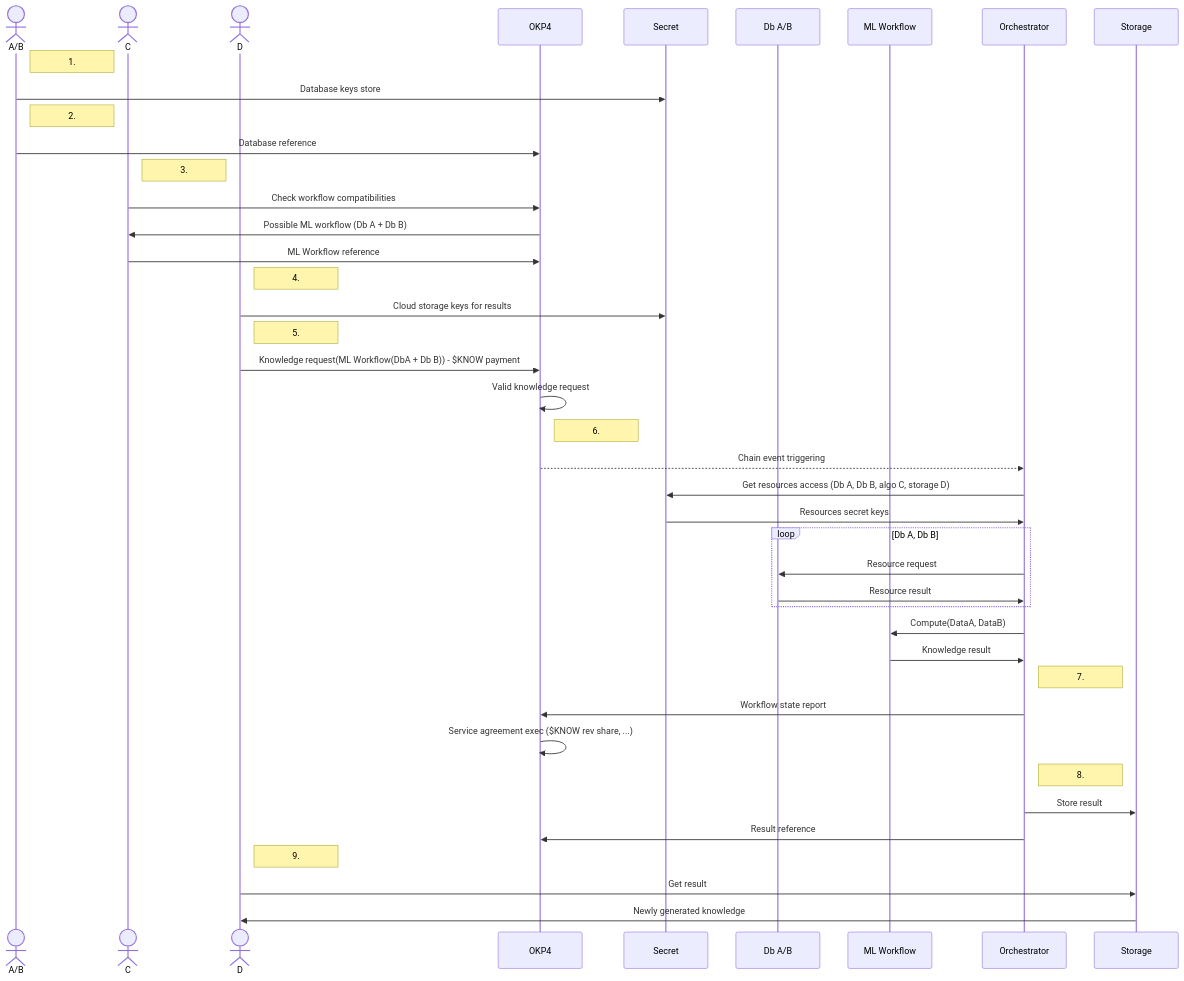
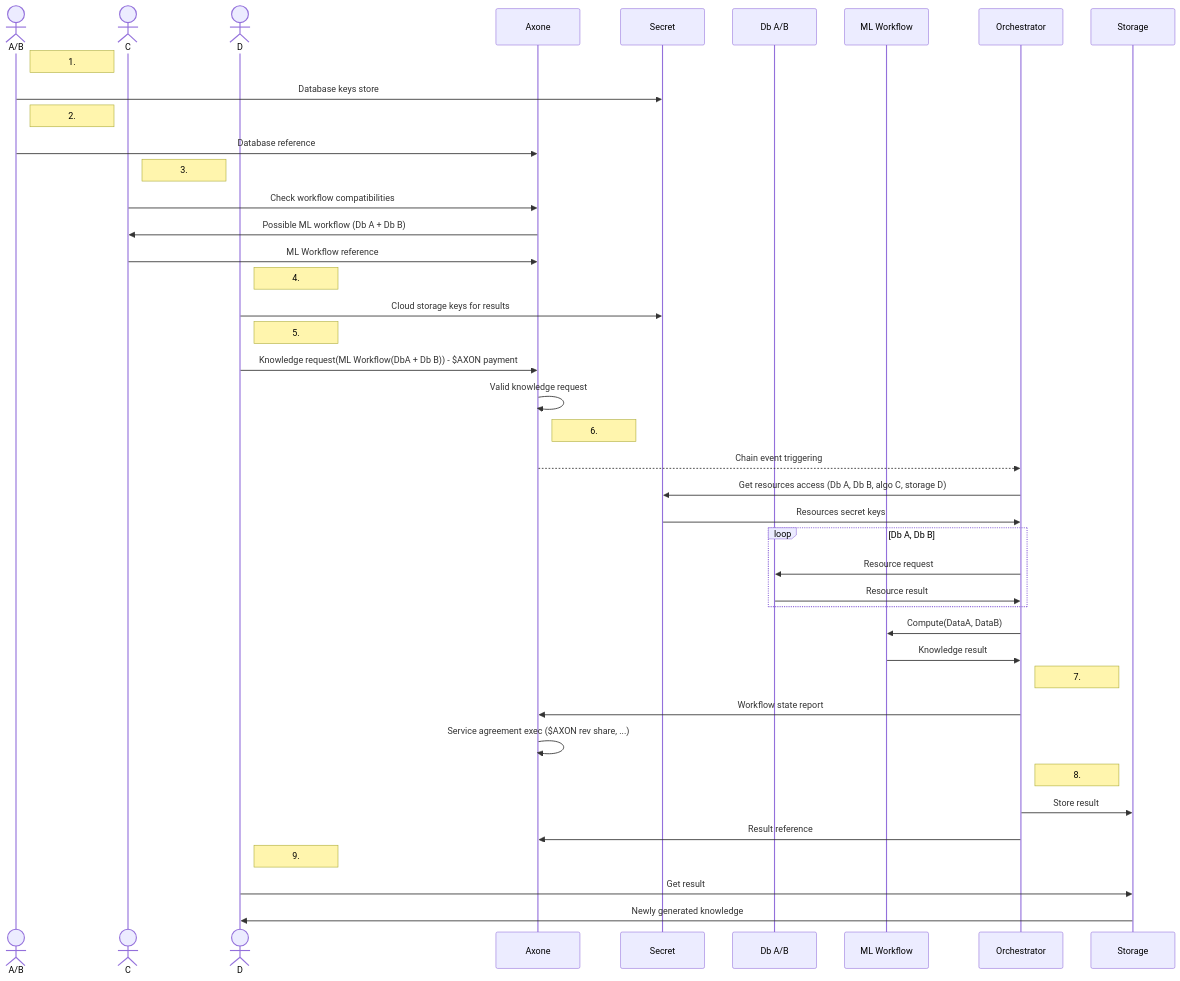
One commit to axone-protocol/docs changed the diagram in docs/whitepaper/architecture.mdx. Above: the diagram before and after it, drawn with Mermaid. The commit also changed other lines of this file and 47 other files, not shown here.

````diff
--- a/docs/whitepaper/architecture.mdx
+++ b/docs/whitepaper/architecture.mdx
@@ -230,56 +230,56 @@
 ```mermaid
 
 sequenceDiagram
 
     actor DataProv as A/B
     actor ServProv as C
     actor IndD as D
-    participant OKP4
+    participant Axone
     participant Secret
     participant Db A/B
     participant ML Workflow
     participant Orchestrator
     participant Storage
 
 Note right of DataProv: 1.
 DataProv->> Secret: Database keys store
 
 Note right of DataProv: 2.
-DataProv->> OKP4: Database reference
+DataProv->> Axone: Database reference
 
 Note right of ServProv: 3.
-ServProv->> OKP4: Check workflow compatibilities
-OKP4->> ServProv: Possible ML workflow (Db A + Db B)
-ServProv->> OKP4: ML Workflow reference
+ServProv->> Axone: Check workflow compatibilities
+Axone->> ServProv: Possible ML workflow (Db A + Db B)
+ServProv->> Axone: ML Workflow reference
 
 Note right of IndD: 4.
 IndD->> Secret: Cloud storage keys for results
 
 Note right of IndD: 5.
-IndD->> OKP4: Knowledge request(ML Workflow(DbA + Db B)) - $KNOW payment
-OKP4->>OKP4: Valid knowledge request
+IndD->> Axone: Knowledge request(ML Workflow(DbA + Db B)) - $AXON payment
+Axone->>Axone: Valid knowledge request
 
-Note right of OKP4: 6.
-OKP4-->>Orchestrator: Chain event triggering
+Note right of Axone: 6.
+Axone-->>Orchestrator: Chain event triggering
 Orchestrator->> Secret: Get resources access (Db A, Db B, algo C, storage D)
 Secret->> Orchestrator: Resources secret keys
 loop Db A, Db B
 Orchestrator->> Db A/B: Resource request
 Db A/B->> Orchestrator: Resource result
 end
 Orchestrator->> ML Workflow: Compute(DataA, DataB)
 ML Workflow->> Orchestrator: Knowledge result
 
 Note right of Orchestrator: 7.
-Orchestrator->> OKP4: Workflow state report
-OKP4->>OKP4: Service agreement exec ($KNOW rev share, ...)
+Orchestrator->> Axone: Workflow state report
+Axone->>Axone: Service agreement exec ($AXON rev share, ...)
 
 Note right of Orchestrator: 8.
 Orchestrator->> Storage: Store result
-Orchestrator->> OKP4: Result reference
+Orchestrator->> Axone: Result reference
 
 Note right of IndD: 9.
 IndD->> Storage: Get result
 Storage->>IndD: Newly generated knowledge
 
 ```
````
